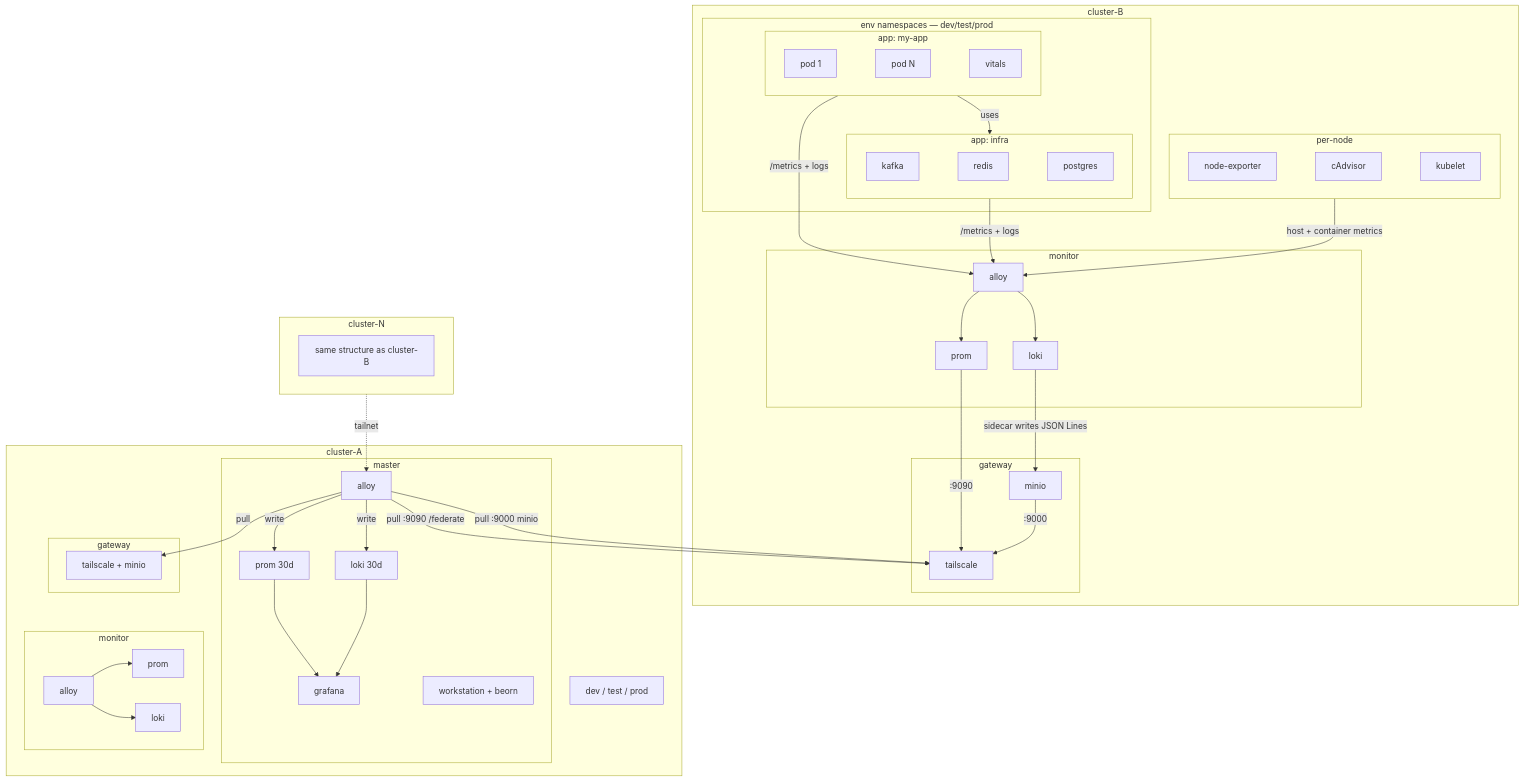
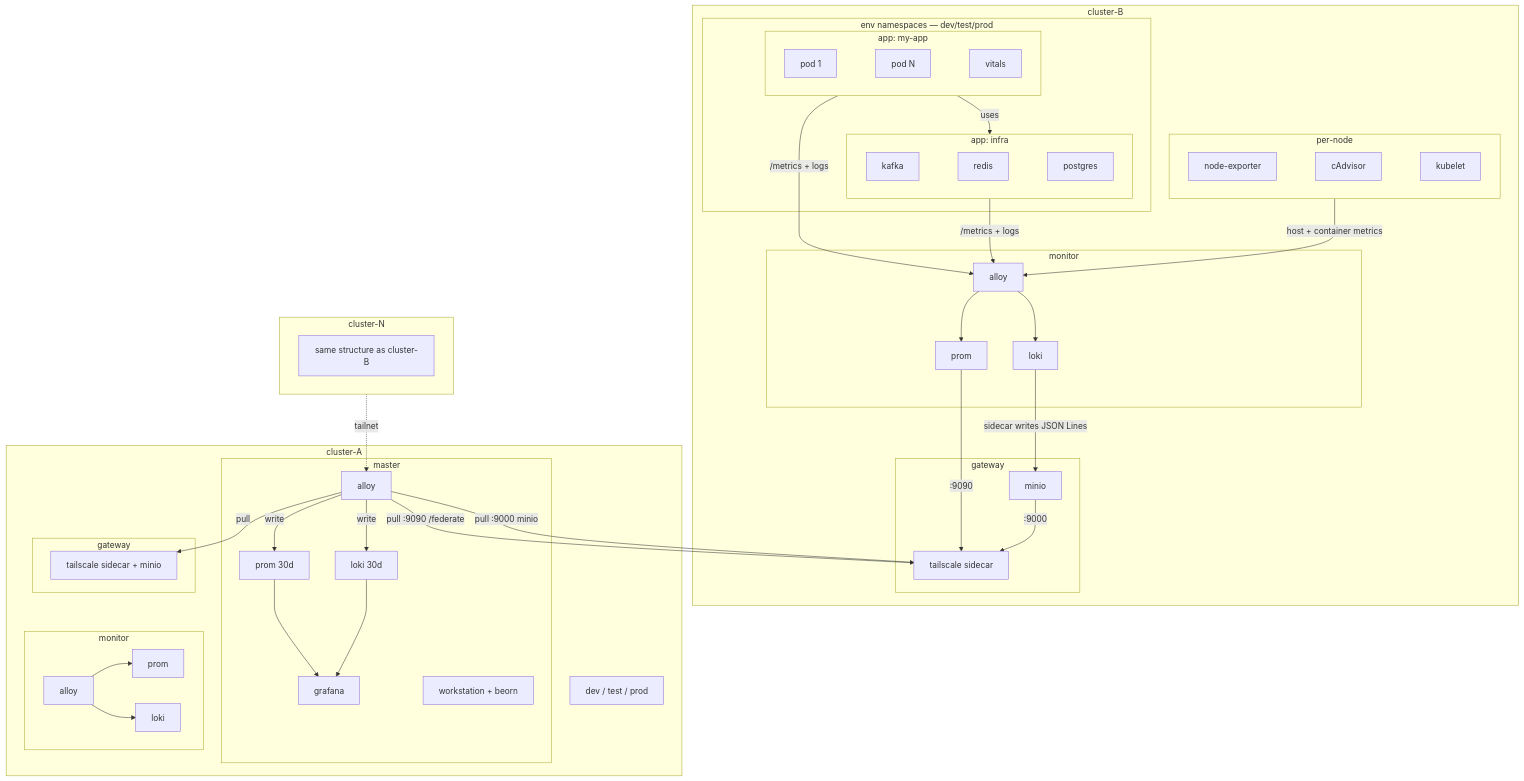
Before and after one commit to Kord96/kordinate: the second of 2 diagrams in docs/infra/infrastructure.md, drawn with Mermaid. The commit also changed other lines of this file, not shown here.

Commit message:
Rename tailscale → tailscale sidecar in diagrams

````diff
--- a/docs/infra/infrastructure.md
+++ b/docs/infra/infrastructure.md
@@ -56,67 +56,67 @@
     ```mermaid
     flowchart TB
         subgraph cluster[cluster-B]
             subgraph env[env namespaces — dev/test/prod]
                 subgraph myapp["app: my-app"]
                     P1[pod 1]
                     PN[pod N]
                     VIT[vitals]
                     P1 ~~~ PN ~~~ VIT
                 end
                 subgraph infra-svc["app: infra"]
                     KF[kafka]
                     RD[redis]
                     PG[postgres]
                     KF ~~~ RD ~~~ PG
                 end
             end
 
             subgraph nodes[per-node]
                 NE[node-exporter]
                 CA2[cAdvisor]
                 KL[kubelet]
                 NE ~~~ CA2 ~~~ KL
             end
 
             subgraph mon[monitor]
                 AL[alloy] --> LK[loki] & PR[prom]
             end
 
             subgraph gw[gateway]
-                GWT[tailscale]
+                GWT[tailscale sidecar]
                 MIO[minio]
             end
 
             myapp -->|uses| infra-svc
             myapp & infra-svc -->|/metrics + logs| AL
             nodes -->|host + container metrics| AL
             PR -->|:9090| GWT
             LK -->|sidecar writes JSON Lines| MIO
             MIO -->|:9000| GWT
         end
 
         subgraph master-cluster[cluster-A]
             subgraph master2[master]
                 MA2[alloy]
                 MA2 -->|write| ML2[loki 30d] & MP2[prom 30d]
                 MP2 & ML2 --> G2[grafana]
                 WS2[workstation + beorn]
             end
             subgraph ca-gw[gateway]
-                GWT-A[tailscale + minio]
+                GWT-A[tailscale sidecar + minio]
             end
             subgraph ca-mon[monitor]
                 AL-A[alloy] --> PR-A[prom] & LK-A[loki]
             end
             CA-ENV[dev / test / prod]
         end
 
         subgraph CN2[cluster-N]
             CN2-INNER[same structure as cluster-B]
         end
 
         MA2 -->|pull :9090 /federate| GWT
         MA2 -->|pull :9000 minio| GWT
         MA2 -->|pull| GWT-A
         CN2 -.->|tailnet| MA2
     ```
````
